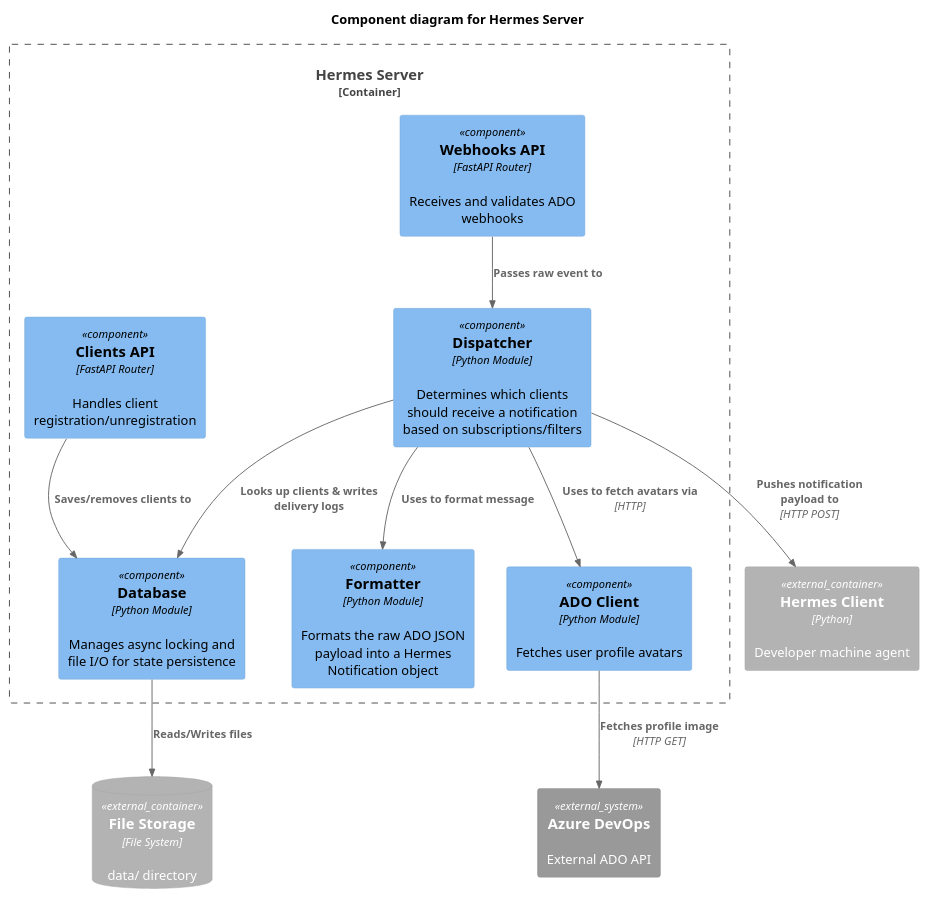
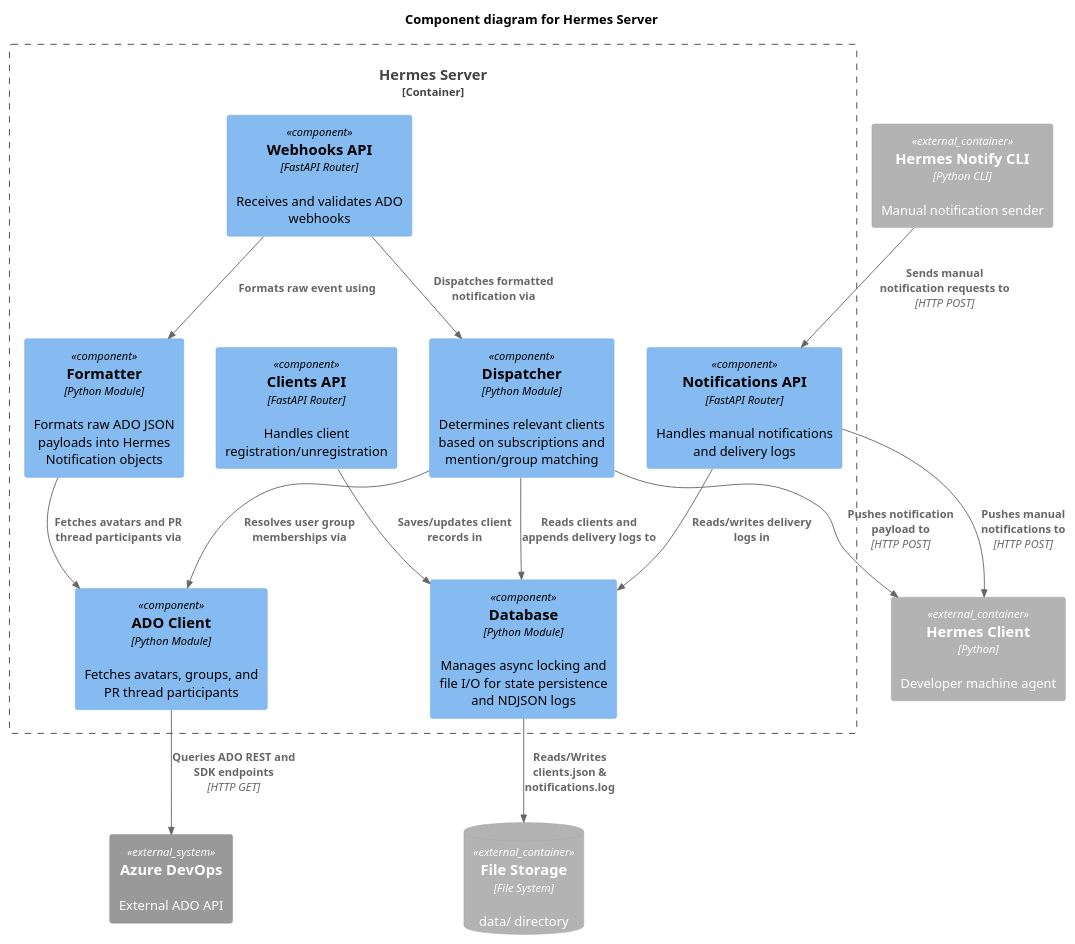
Before and after one commit to dcollison/hermes: the diagram in design/component.puml, drawn with PlantUML. The commit also changed 28 other files, not shown here.

```diff
--- a/design/component.puml
+++ b/design/component.puml
@@ -1,27 +1,33 @@
 @startuml
 !include https://raw.githubusercontent.com/plantuml-stdlib/C4-PlantUML/master/C4_Component.puml
 
 title Component diagram for Hermes Server
 
 Container_Ext(client, "Hermes Client", "Python", "Developer machine agent")
+Container_Ext(cli, "Hermes Notify CLI", "Python CLI", "Manual notification sender")
 System_Ext(ado, "Azure DevOps", "External ADO API")
 ContainerDb_Ext(db, "File Storage", "File System", "data/ directory")
 
 Container_Boundary(server, "Hermes Server") {
     Component(webhooks_api, "Webhooks API", "FastAPI Router", "Receives and validates ADO webhooks")
     Component(clients_api, "Clients API", "FastAPI Router", "Handles client registration/unregistration")
-    Component(dispatcher, "Dispatcher", "Python Module", "Determines which clients should receive a notification based on subscriptions/filters")
-    Component(formatter, "Formatter", "Python Module", "Formats the raw ADO JSON payload into a Hermes Notification object")
-    Component(ado_client, "ADO Client", "Python Module", "Fetches user profile avatars")
-    Component(database, "Database", "Python Module", "Manages async locking and file I/O for state persistence")
+    Component(notifications_api, "Notifications API", "FastAPI Router", "Handles manual notifications and delivery logs")
+    Component(dispatcher, "Dispatcher", "Python Module", "Determines relevant clients based on subscriptions and mention/group matching")
+    Component(formatter, "Formatter", "Python Module", "Formats raw ADO JSON payloads into Hermes Notification objects")
+    Component(ado_client, "ADO Client", "Python Module", "Fetches avatars, groups, and PR thread participants")
+    Component(database, "Database", "Python Module", "Manages async locking and file I/O for state persistence and NDJSON logs")
 }
 
-Rel(webhooks_api, dispatcher, "Passes raw event to")
-Rel(dispatcher, formatter, "Uses to format message")
-Rel(dispatcher, ado_client, "Uses to fetch avatars via", "HTTP")
-Rel(ado_client, ado, "Fetches profile image", "HTTP GET")
-Rel(clients_api, database, "Saves/removes clients to")
-Rel(dispatcher, database, "Looks up clients & writes delivery logs")
-Rel(database, db, "Reads/Writes files")
+Rel(webhooks_api, formatter, "Formats raw event using")
+Rel(webhooks_api, dispatcher, "Dispatches formatted notification via")
+Rel(formatter, ado_client, "Fetches avatars and PR thread participants via")
+Rel(dispatcher, ado_client, "Resolves user group memberships via")
+Rel(ado_client, ado, "Queries ADO REST and SDK endpoints", "HTTP GET")
+Rel(clients_api, database, "Saves/updates client records in")
+Rel(notifications_api, database, "Reads/writes delivery logs in")
+Rel(notifications_api, client, "Pushes manual notifications to", "HTTP POST")
+Rel(cli, notifications_api, "Sends manual notification requests to", "HTTP POST")
+Rel(dispatcher, database, "Reads clients and appends delivery logs to")
+Rel(database, db, "Reads/Writes clients.json & notifications.log")
 Rel(dispatcher, client, "Pushes notification payload to", "HTTP POST")
 @enduml
```
